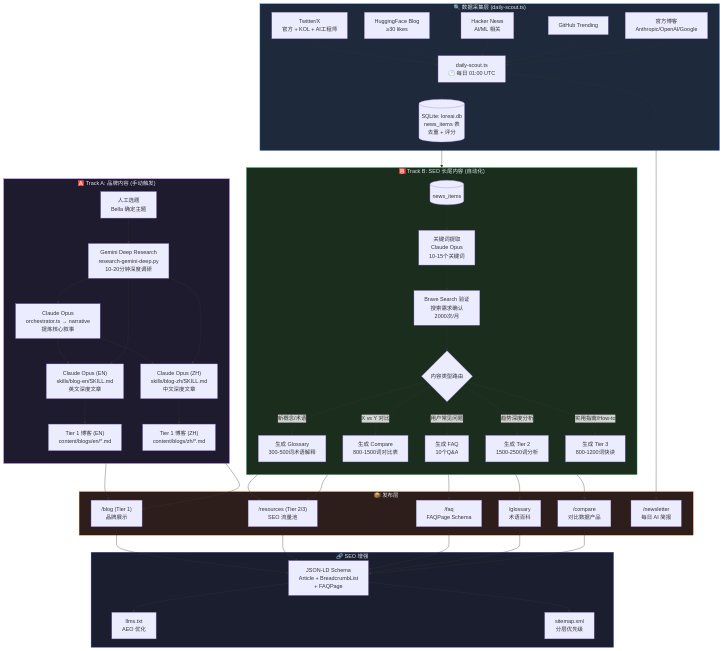
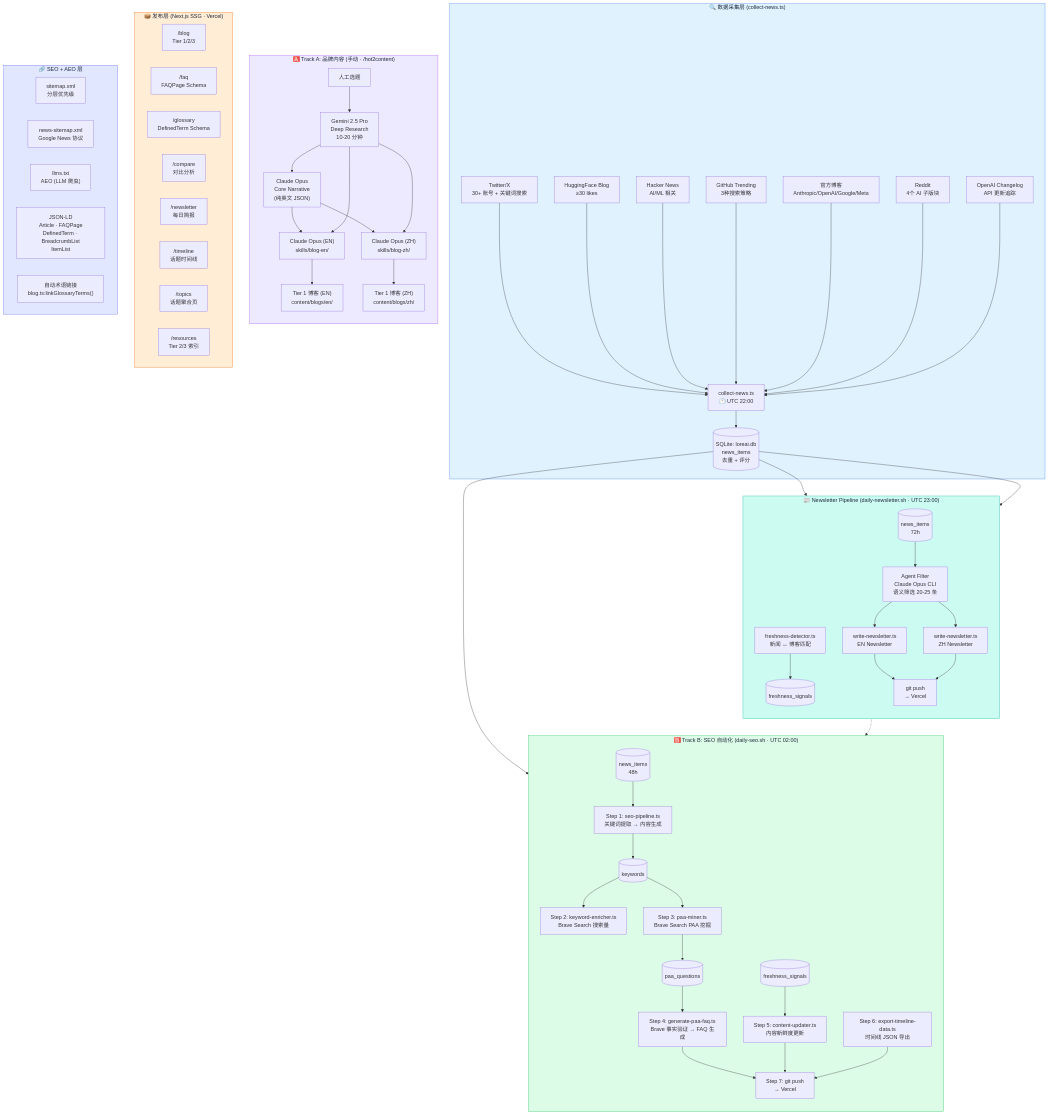
The first of 9 diagrams in docs/PIPELINE-ARCHITECTURE.md (morphph/hot2content-init), drawn with Mermaid before and after one commit. The commit also changed other lines of this file and 3 other files, not shown here.

First line of the commit message:
Add PAA→FAQ consumer, git push in daily-seo.sh, update architecture docs

````diff
--- a/docs/PIPELINE-ARCHITECTURE.md
+++ b/docs/PIPELINE-ARCHITECTURE.md
@@ -9,63 +15,80 @@
 ```mermaid
 flowchart TB
-    subgraph DATA["🔍 数据采集层 (daily-scout.ts)"]
-        TW["Twitter/X<br/>官方 + KOL + AI工程师"]
+    subgraph DATA["🔍 数据采集层 (collect-news.ts)"]
+        TW["Twitter/X<br/>30+ 账号 + 关键词搜索"]
         HF["HuggingFace Blog<br/>≥30 likes"]
         HN["Hacker News<br/>AI/ML 相关"]
-        GH["GitHub Trending"]
-        BLOG["官方博客<br/>Anthropic/OpenAI/Google"]
-        
-        TW & HF & HN & GH & BLOG --> SCOUT["daily-scout.ts<br/>🕐 每日 01:00 UTC"]
-        SCOUT --> DB[(SQLite: loreai.db<br/>news_items 表<br/>去重 + 评分)]
+        GH["GitHub Trending<br/>3种搜索策略"]
+        BLOG["官方博客<br/>Anthropic/OpenAI/Google/Meta"]
+        RD["Reddit<br/>4个 AI 子版块"]
+        CL["OpenAI Changelog<br/>API 更新追踪"]
+
+        TW & HF & HN & GH & BLOG & RD & CL --> COLLECT["collect-news.ts<br/>🕐 UTC 22:00"]
+        COLLECT --> DB[(SQLite: loreai.db<br/>news_items<br/>去重 + 评分)]
     end
 
-    subgraph TRACKA["🅰️ Track A: 品牌内容 (手动触发)"]
+    subgraph NEWSLETTER["📰 Newsletter Pipeline (daily-newsletter.sh · UTC 23:00)"]
         direction TB
-        TOPIC["人工选题<br/>Bella 确定主题"] --> RESEARCH["Gemini Deep Research<br/>research-gemini-deep.py<br/>10-20分钟深度调研"]
-        RESEARCH --> NARRATIVE["Claude Opus<br/>orchestrator.ts → narrative<br/>提炼核心叙事"]
-        NARRATIVE --> WRITER_EN["Claude Opus (EN)<br/>skills/blog-en/SKILL.md<br/>英文深度文章"]
-        NARRATIVE --> WRITER_ZH["Claude Opus (ZH)<br/>skills/blog-zh/SKILL.md<br/>中文深度文章"]
+        FRESH_DET["freshness-detector.ts<br/>新闻 ↔ 博客匹配"] --> FRESH_DB[(freshness_signals)]
+        DB_READ[(news_items<br/>72h)] --> AGENT_FILTER["Agent Filter<br/>Claude Opus CLI<br/>语义筛选 20-25 条"]
+        AGENT_FILTER --> NL_EN["write-newsletter.ts<br/>EN Newsletter"]
+        AGENT_FILTER --> NL_ZH["write-newsletter.ts<br/>ZH Newsletter"]
+        NL_EN & NL_ZH --> GIT_NL["git push<br/>→ Vercel"]
+    end
+
+    subgraph TRACKA["🅰️ Track A: 品牌内容 (手动 · /hot2content)"]
+        direction TB
+        TOPIC["人工选题"] --> RESEARCH["Gemini 2.5 Pro<br/>Deep Research<br/>10-20 分钟"]
+        RESEARCH --> NARRATIVE["Claude Opus<br/>Core Narrative<br/>(纯英文 JSON)"]
+        NARRATIVE --> WRITER_EN["Claude Opus (EN)<br/>skills/blog-en/"]
+        NARRATIVE --> WRITER_ZH["Claude Opus (ZH)<br/>skills/blog-zh/"]
         RESEARCH --> WRITER_EN
         RESEARCH --> WRITER_ZH
-        WRITER_EN --> T1_EN["Tier 1 博客 (EN)<br/>content/blogs/en/*.md"]
-        WRITER_ZH --> T1_ZH["Tier 1 博客 (ZH)<br/>content/blogs/zh/*.md"]
+        WRITER_EN --> T1_EN["Tier 1 博客 (EN)<br/>content/blogs/en/"]
+        WRITER_ZH --> T1_ZH["Tier 1 博客 (ZH)<br/>content/blogs/zh/"]
     end
 
-    subgraph TRACKB["🅱️ Track B: SEO 长尾内容 (自动化)"]
+    subgraph TRACKB["🅱️ Track B: SEO 自动化 (daily-seo.sh · UTC 02:00)"]
         direction TB
-        DB2[(news_items)] --> KW["关键词提取<br/>Claude Opus<br/>10-15个关键词"]
-        KW --> BRAVE["Brave Search 验证<br/>搜索需求确认<br/>2000次/月"]
-        BRAVE --> ROUTE{"内容类型路由"}
-        ROUTE -->|"新概念/术语"| GEN_GLOSS["生成 Glossary<br/>300-500词术语解释"]
-        ROUTE -->|"X vs Y 对比"| GEN_COMP["生成 Compare<br/>800-1500词对比表"]
-        ROUTE -->|"用户常见问题"| GEN_FAQ["生成 FAQ<br/>10个Q&A"]
-        ROUTE -->|"趋势深度分析"| GEN_T2["生成 Tier 2<br/>1500-2500词分析"]
-        ROUTE -->|"实用指南/How-to"| GEN_T3["生成 Tier 3<br/>800-1200词快读"]
+        DB3[(news_items<br/>48h)] --> S1["Step 1: seo-pipeline.ts<br/>关键词提取 → 内容生成"]
+        S1 --> KW_DB[(keywords)]
+        KW_DB --> S2["Step 2: keyword-enricher.ts<br/>Brave Search 搜索量"]
+        KW_DB --> S3["Step 3: paa-miner.ts<br/>Brave Search PAA 挖掘"]
+        S3 --> PAA_DB[(paa_questions)]
+        PAA_DB --> S4["Step 4: generate-paa-faq.ts<br/>Brave 事实验证 → FAQ 生成"]
+        FRESH_DB2[(freshness_signals)] --> S5["Step 5: content-updater.ts<br/>内容新鲜度更新"]
+        S6["Step 6: export-timeline-data.ts<br/>时间线 JSON 导出"]
+        S4 & S5 & S6 --> GIT_SEO["Step 7: git push<br/>→ Vercel"]
     end
 
-    subgraph PUBLISH["📦 发布层"]
-        T1_EN --> BLOG_PAGE["/blog (Tier 1)<br/>品牌展示"]
-        T1_ZH --> BLOG_PAGE
-        GEN_T2 --> RES_PAGE["/resources (Tier 2/3)<br/>SEO 流量池"]
-        GEN_T3 --> RES_PAGE
-        GEN_FAQ --> FAQ_PAGE["/faq<br/>FAQPage Schema"]
-        GEN_GLOSS --> GLOSS_PAGE["/glossary<br/>术语百科"]
-        GEN_COMP --> COMP_PAGE["/compare<br/>对比数据产品"]
-        
-        SCOUT --> NEWSLETTER["/newsletter<br/>每日 AI 简报"]
+    subgraph PUBLISH["📦 发布层 (Next.js SSG · Vercel)"]
+        BLOG_PAGE["/blog<br/>Tier 1/2/3"]
+        FAQ_PAGE["/faq<br/>FAQPage Schema"]
+        GLOSS_PAGE["/glossary<br/>DefinedTerm Schema"]
+        COMP_PAGE["/compare<br/>对比分析"]
+        NL_PAGE["/newsletter<br/>每日简报"]
+        TL_PAGE["/timeline<br/>话题时间线"]
+        TOPIC_PAGE["/topics<br/>话题聚合页"]
+        RES_PAGE["/resources<br/>Tier 2/3 索引"]
     end
 
-    subgraph SEO["🔗 SEO 增强"]
-        BLOG_PAGE & RES_PAGE & FAQ_PAGE & GLOSS_PAGE & COMP_PAGE --> SCHEMA["JSON-LD Schema<br/>Article + BreadcrumbList<br/>+ FAQPage"]
-        SCHEMA --> LLMS["llms.txt<br/>AEO 优化"]
-        SCHEMA --> SITEMAP["sitemap.xml<br/>分层优先级"]
+    subgraph SEO["🔗 SEO + AEO 层"]
+        SITEMAP["sitemap.xml<br/>分层优先级"]
+        NEWS_SM["news-sitemap.xml<br/>Google News 协议"]
+        LLMS["llms.txt<br/>AEO (LLM 爬虫)"]
+        JSONLD["JSON-LD<br/>Article · FAQPage<br/>DefinedTerm · BreadcrumbList<br/>ItemList"]
+        GLOSSLINK["自动术语链接<br/>blog.ts:linkGlossaryTerms()"]
     end
 
-    DB --> DB2
+    DB --> DB_READ
+    DB --> FRESH_DET
+    DB --> DB3
+    FRESH_DET -.-> FRESH_DB2
 
-    style DATA fill:#1e293b,color:#e2e8f0,stroke:#3b82f6
-    style TRACKA fill:#1e1b2e,color:#e2e8f0,stroke:#a855f7
-    style TRACKB fill:#1b2e1e,color:#e2e8f0,stroke:#22c55e
-    style PUBLISH fill:#2e1e1b,color:#e2e8f0,stroke:#f97316
-    style SEO fill:#1b1e2e,color:#e2e8f0,stroke:#6366f1
+    style DATA fill:#e0f2fe,stroke:#3b82f6,color:#1e293b
+    style NEWSLETTER fill:#ccfbf1,stroke:#14b8a6,color:#1e293b
+    style TRACKA fill:#ede9fe,stroke:#a855f7,color:#1e293b
+    style TRACKB fill:#dcfce7,stroke:#22c55e,color:#1e293b
+    style PUBLISH fill:#ffedd5,stroke:#f97316,color:#1e293b
+    style SEO fill:#e0e7ff,stroke:#6366f1,color:#1e293b
 ```
````
